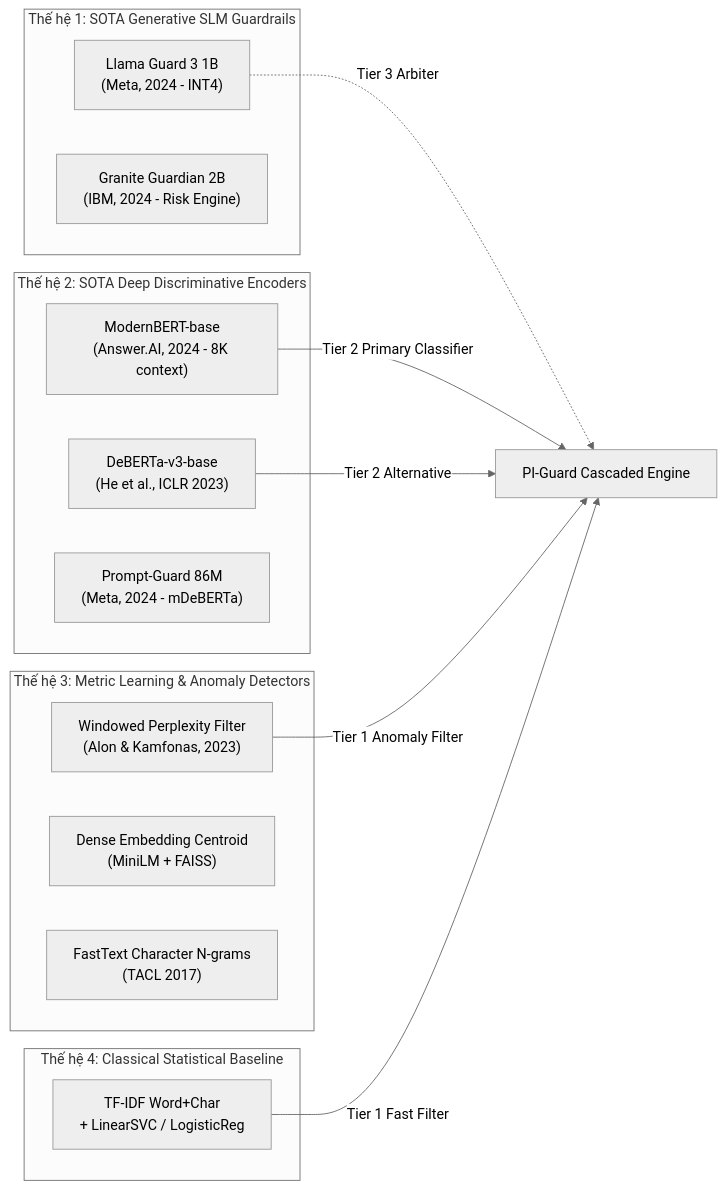
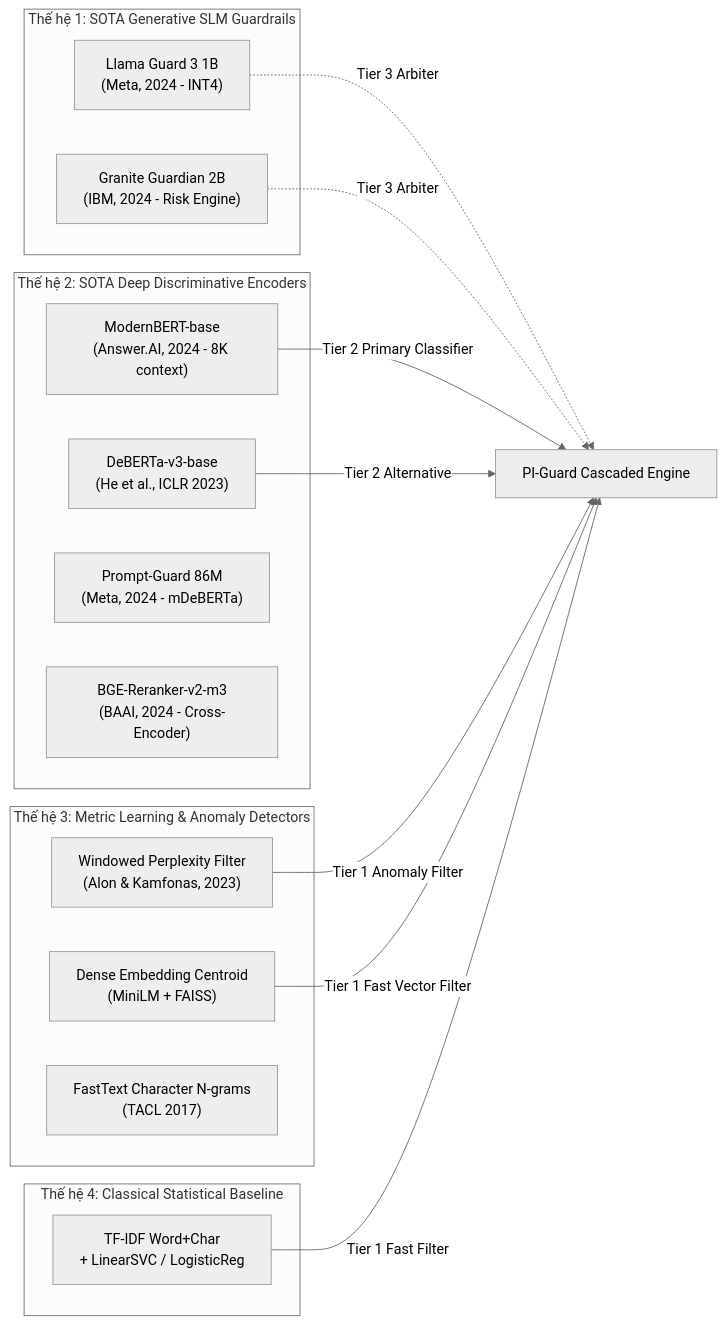
One commit to nvtruongops/pi-guard changed the diagram in workspaces/truongnv/reports/RESEARCH_ML_GUARDRAIL_SOTA_TO_PROJECT.md. Above: the diagram before and after it, drawn with Mermaid (neutral theme). The commit also changed other lines of this file and 847 other files, not shown here.

````diff
--- a/workspaces/truongnv/reports/RESEARCH_ML_GUARDRAIL_SOTA_TO_PROJECT.md
+++ b/workspaces/truongnv/reports/RESEARCH_ML_GUARDRAIL_SOTA_TO_PROJECT.md
@@ -27,29 +27,32 @@
 ```mermaid
 graph LR
     subgraph SOTA_Frontier ["Thế hệ 1: SOTA Generative SLM Guardrails"]
         LG["Llama Guard 3 1B<br>(Meta, 2024 - INT4)"]
         GG["Granite Guardian 2B<br>(IBM, 2024 - Risk Engine)"]
     end
 
     subgraph Deep_Encoders ["Thế hệ 2: SOTA Deep Discriminative Encoders"]
         MB["ModernBERT-base<br>(Answer.AI, 2024 - 8K context)"]
         DEB["DeBERTa-v3-base<br>(He et al., ICLR 2023)"]
         PG["Prompt-Guard 86M<br>(Meta, 2024 - mDeBERTa)"]
+        BGE["BGE-Reranker-v2-m3<br>(BAAI, 2024 - Cross-Encoder)"]
     end
 
     subgraph Metric_Anomaly ["Thế hệ 3: Metric Learning & Anomaly Detectors"]
         PPL["Windowed Perplexity Filter<br>(Alon & Kamfonas, 2023)"]
         KNN["Dense Embedding Centroid<br>(MiniLM + FAISS)"]
         FT["FastText Character N-grams<br>(TACL 2017)"]
     end
 
     subgraph Statistical_Base ["Thế hệ 4: Classical Statistical Baseline"]
         TF["TF-IDF Word+Char<br>+ LinearSVC / LogisticReg"]
     end
 
     LG -.->|Tier 3 Arbiter| Cascade["PI-Guard Cascaded Engine"]
+    GG -.->|Tier 3 Arbiter| Cascade
     MB -->|Tier 2 Primary Classifier| Cascade
     DEB -->|Tier 2 Alternative| Cascade
     PPL -->|Tier 1 Anomaly Filter| Cascade
+    KNN -->|Tier 1 Fast Vector Filter| Cascade
     TF -->|Tier 1 Fast Filter| Cascade
 ```
````
